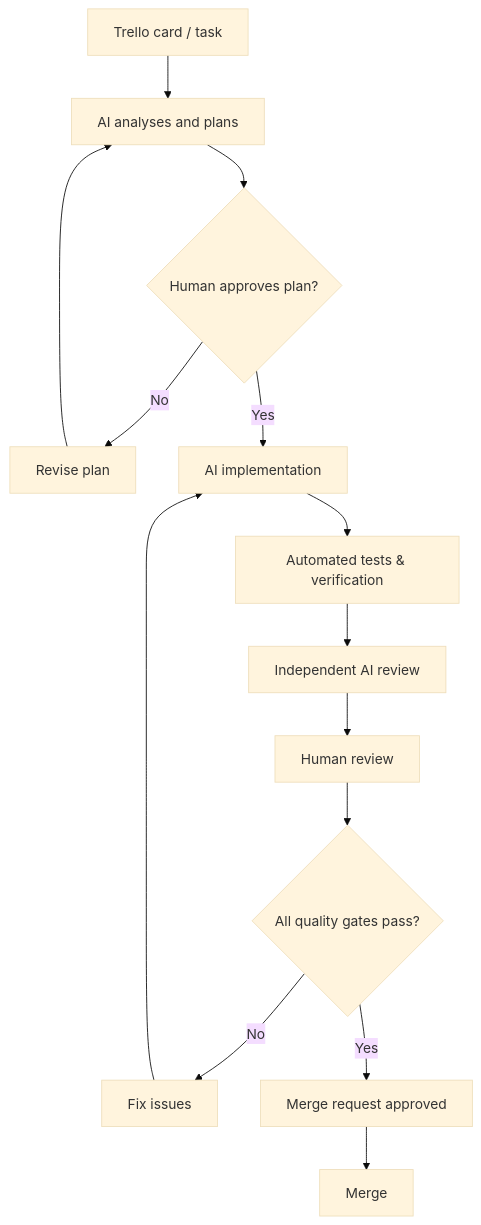
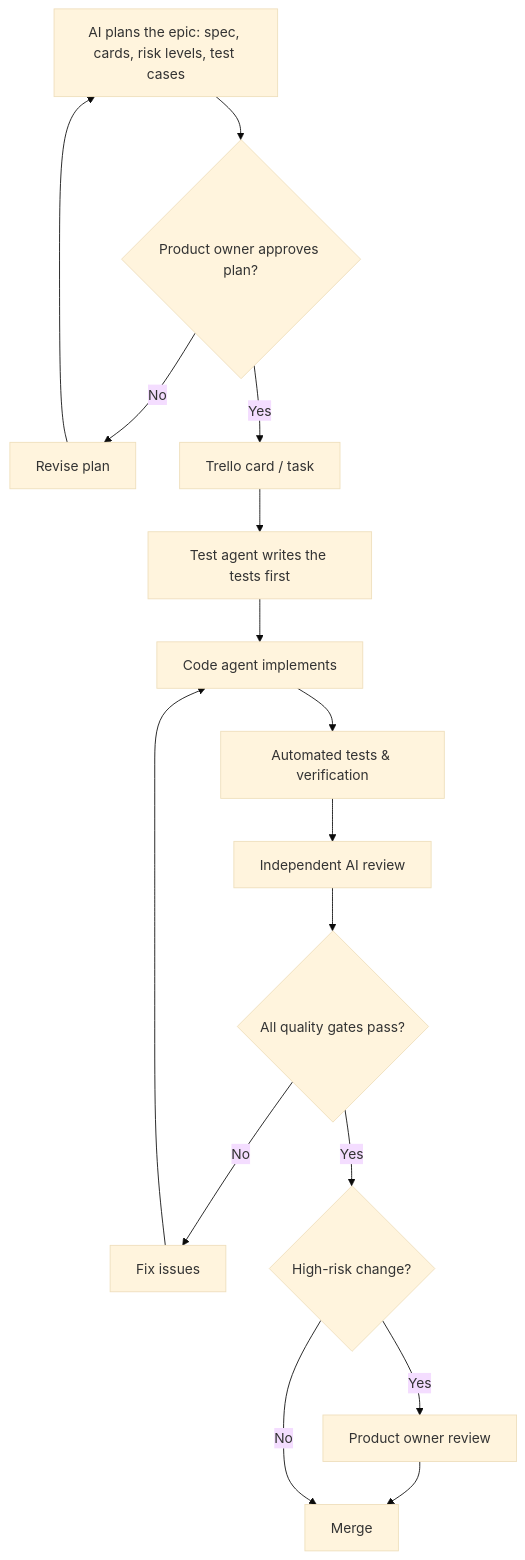
The third of 3 diagrams in product-workflow.md (huynguyennang-agilityio/tripmate-docs), drawn with Mermaid (base theme) before and after one commit. The commit also changed other lines of this file and 5 other files, not shown here.

First line of the commit message:
Development flow v1.5: test-first agents, risk levels, product owner reviews High cards only

````diff
--- a/product-workflow.md
+++ b/product-workflow.md
@@ -207,11 +207,14 @@
 ```mermaid
 flowchart TD
-    A[Trello card / task] --> B[AI analyses and plans]
-    B --> C{Human approves plan?}
-    C -->|No| D[Revise plan] --> B
-    C -->|Yes| E[AI implementation] --> F[Automated tests & verification]
-    F --> G[Independent AI review] --> H[Human review]
-    H --> I{All quality gates pass?}
+    P[AI plans the epic: spec, cards, risk levels, test cases] --> C{Product owner approves plan?}
+    C -->|No| D[Revise plan] --> P
+    C -->|Yes| A[Trello card / task]
+    A --> B[Test agent writes the tests first]
+    B --> E[Code agent implements] --> F[Automated tests & verification]
+    F --> G[Independent AI review]
+    G --> I{All quality gates pass?}
     I -->|No| J[Fix issues] --> E
-    I -->|Yes| K[Merge request approved] --> L[Merge]
+    I -->|Yes| K{High-risk change?}
+    K -->|Yes| H[Product owner review] --> L[Merge]
+    K -->|No| L
 ```
````
